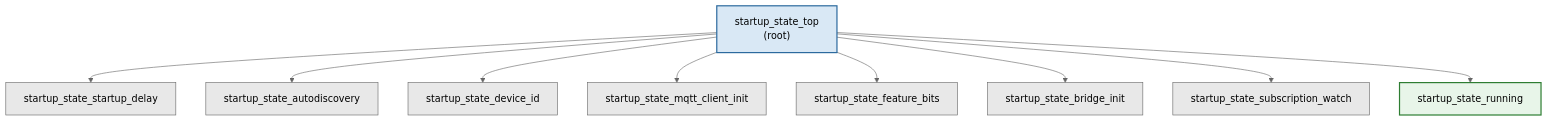
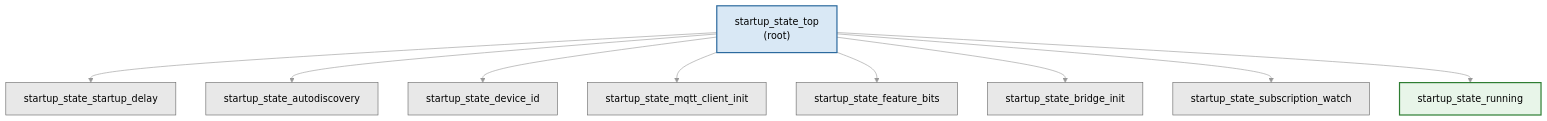
Before and after one commit to eddietheengineer/home-assistant-bridge-esphome: the second of 2 diagrams in docs/architecture/startup-sequence.md, drawn with Mermaid. The commit also changed other lines of this file and 3 other files, not shown here.

First line of the commit message:
style(docs): improve mermaid chart visibility in dark mode

````diff
--- a/docs/architecture/startup-sequence.md
+++ b/docs/architecture/startup-sequence.md
@@ -185,30 +185,30 @@
 ```mermaid
-%%{init: {"theme":"neutral","themeVariables":{"primaryColor":"#4a90d9","primaryBorderColor":"#2c6a9e","primaryTextColor":"#1a1a1a","secondaryColor":"#d9e8f5","tertiaryColor":"#f0f0f0","lineColor":"#666666","clusterBkg":"#f5f5f5","clusterBorder":"#cccccc","fontFamily":"monospace","nodeBorder":"#555555"}}}%%
+%%{init: {"theme":"neutral","themeVariables":{"primaryColor":"#4a90d9","primaryBorderColor":"#2c6a9e","primaryTextColor":"#1a1a1a","secondaryColor":"#d9e8f5","tertiaryColor":"#f0f0f0","lineColor":"#999999","clusterBkg":"#f5f5f5","clusterBorder":"#aaaaaa","fontFamily":"monospace","nodeBorder":"#888888"}}}%%
 graph TB
     TOP["startup_state_top<br/>(root)"]
     SD["startup_state_startup_delay"]
     AD["startup_state_autodiscovery"]
     DI["startup_state_device_id"]
     MC["startup_state_mqtt_client_init"]
     FB["startup_state_feature_bits"]
     BI["startup_state_bridge_init"]
     SW["startup_state_subscription_watch"]
     RN["startup_state_running"]
 
     classDef root fill:#d9e8f5,stroke:#2c6a9e,stroke-width:2px
     classDef state fill:#e8e8e8,stroke:#666666
     classDef terminal fill:#e8f5e9,stroke:#2e7d32,stroke-width:2px
 
     class TOP root
     class SD,AD,DI,MC,FB,BI,SW state
     class RN terminal
 
     TOP --> SD
     TOP --> AD
     TOP --> DI
     TOP --> MC
     TOP --> FB
     TOP --> BI
     TOP --> SW
     TOP --> RN
 ```
````
